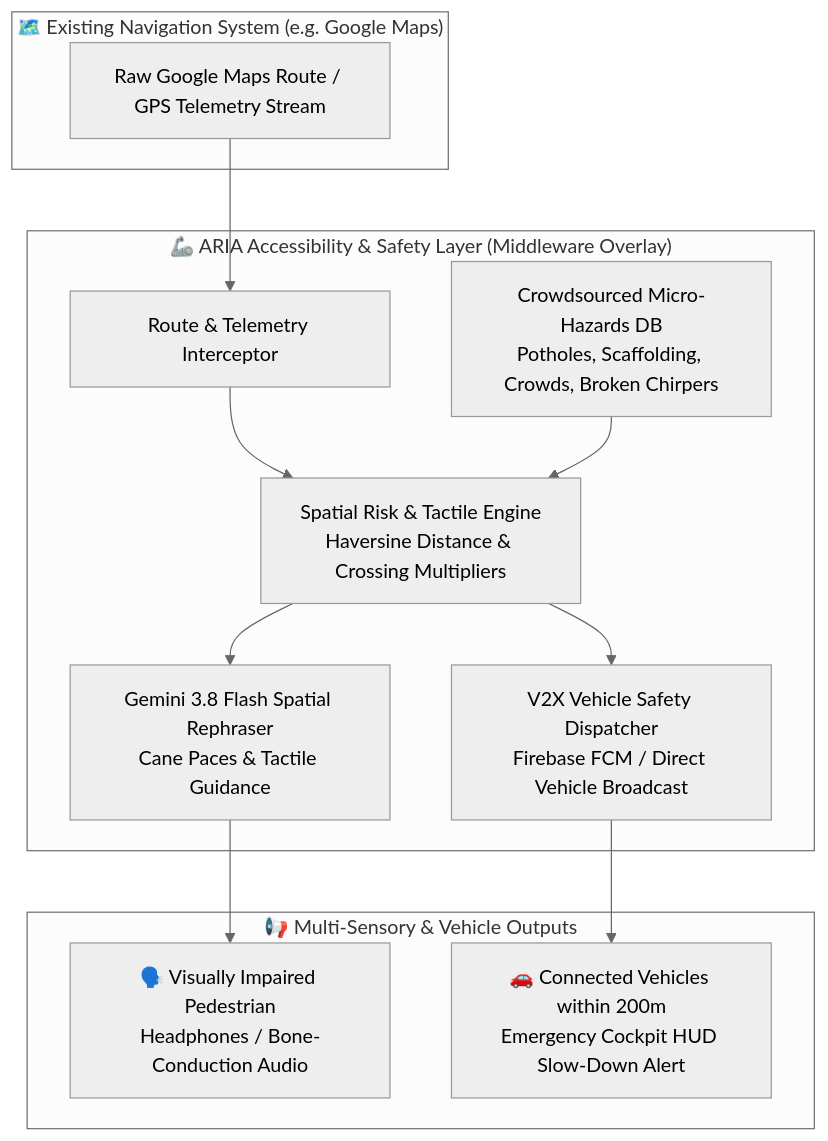
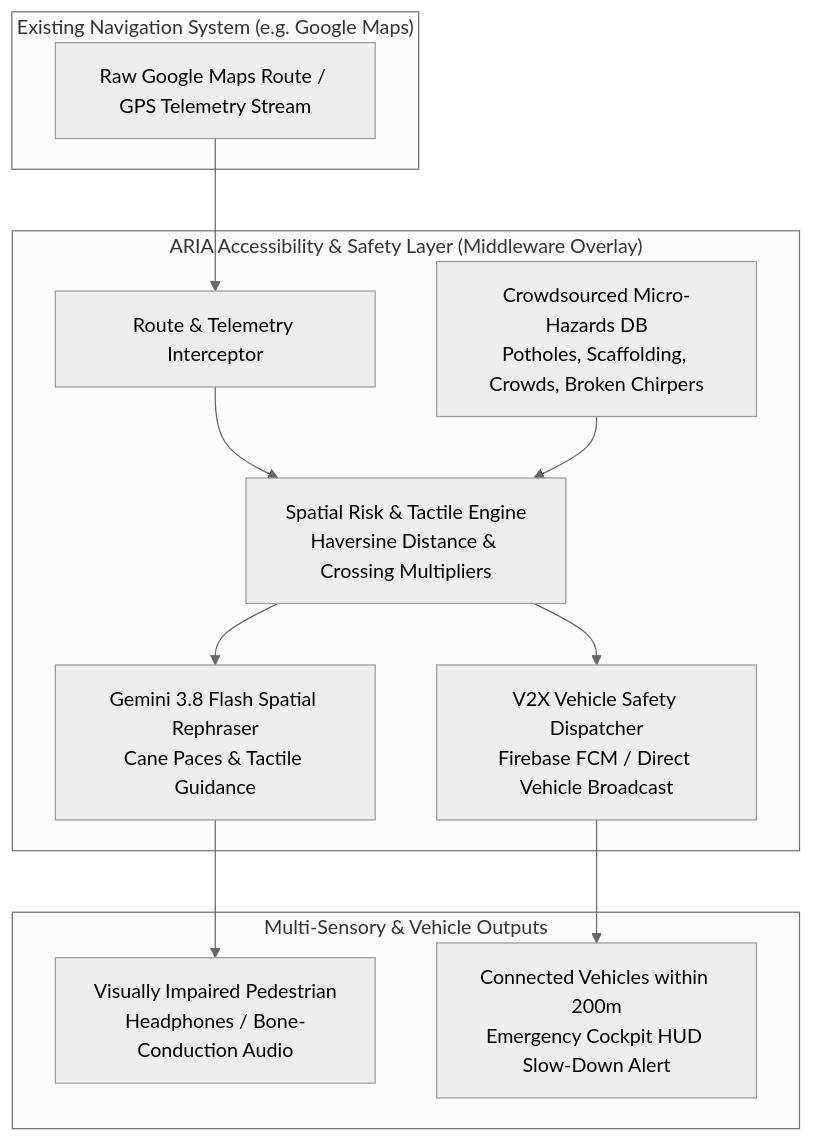
Before and after one commit to Yagy190/ARIA-: the diagram in README.md, drawn with Mermaid (neutral theme). The commit also changed other lines of this file, not shown here.

````diff
--- a/README.md
+++ b/README.md
@@ -14,27 +14,27 @@
 ```mermaid
 flowchart TD
-    subgraph HostMap ["🗺️ Existing Navigation System (e.g. Google Maps)"]
+    subgraph HostMap [" Existing Navigation System (e.g. Google Maps)"]
         GMR[Raw Google Maps Route / GPS Telemetry Stream]
     end
 
-    subgraph AriaLayer ["🦾 ARIA Accessibility & Safety Layer (Middleware Overlay)"]
+    subgraph AriaLayer [" ARIA Accessibility & Safety Layer (Middleware Overlay)"]
         AI[Route & Telemetry Interceptor]
         SH[Crowdsourced Micro-Hazards DB\nPotholes, Scaffolding, Crowds, Broken Chirpers]
         RE[Spatial Risk & Tactile Engine\nHaversine Distance & Crossing Multipliers]
         GA[Gemini 3.8 Flash Spatial Rephraser\nCane Paces & Tactile Guidance]
         VX[V2X Vehicle Safety Dispatcher\nFirebase FCM / Direct Vehicle Broadcast]
     end
 
-    subgraph Outputs ["📢 Multi-Sensory & Vehicle Outputs"]
-        PED[🗣️ Visually Impaired Pedestrian\nHeadphones / Bone-Conduction Audio]
-        CARS[🚗 Connected Vehicles within 200m\nEmergency Cockpit HUD Slow-Down Alert]
+    subgraph Outputs [" Multi-Sensory & Vehicle Outputs"]
+        PED[ Visually Impaired Pedestrian\nHeadphones / Bone-Conduction Audio]
+        CARS[ Connected Vehicles within 200m\nEmergency Cockpit HUD Slow-Down Alert]
     end
 
     GMR --> AI
     AI --> RE
     SH --> RE
     RE --> GA
     RE --> VX
     GA --> PED
     VX --> CARS
 ```
````
